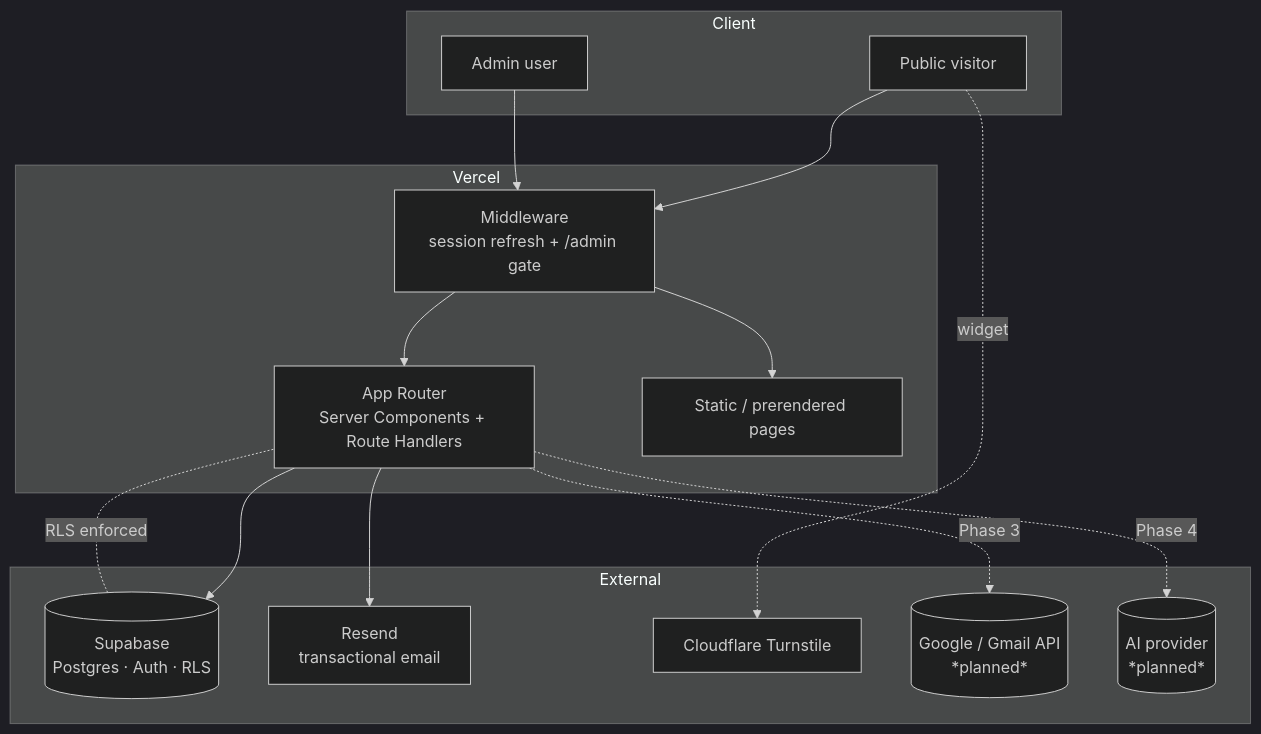
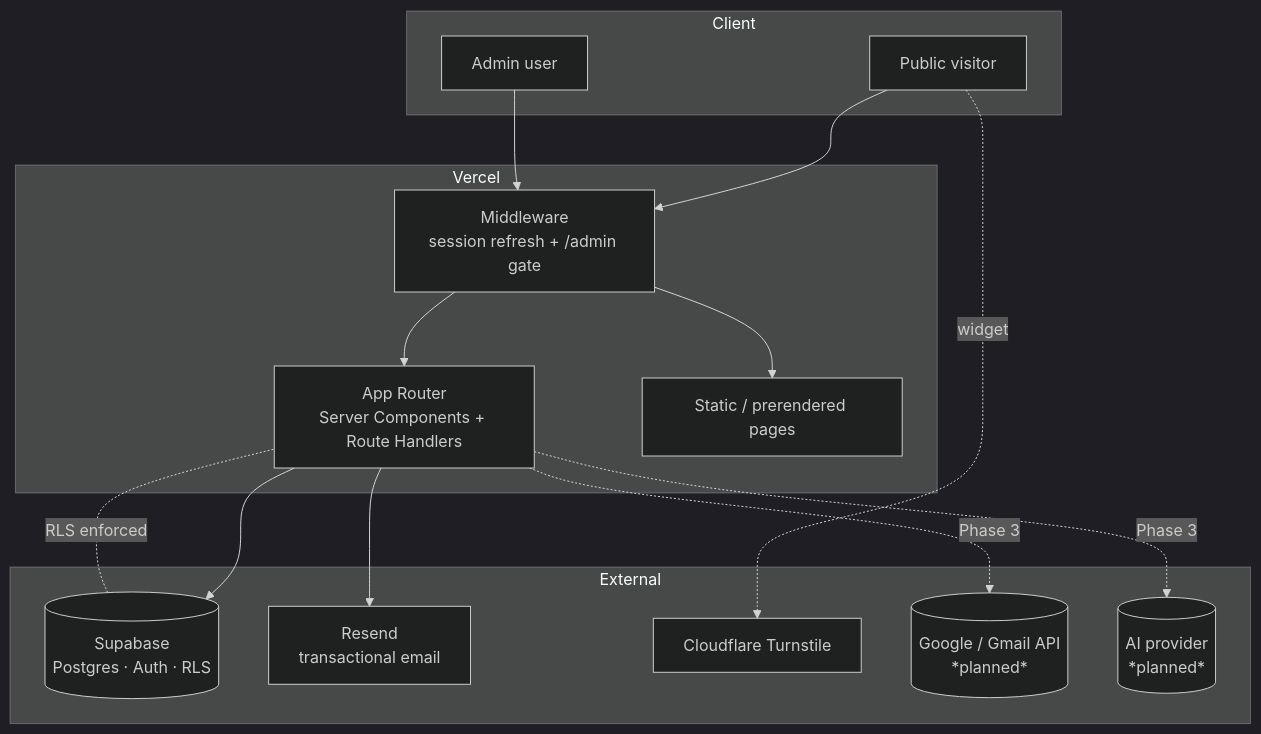
The first of 5 diagrams in docs/architecture/SYSTEM_ARCHITECTURE.md (ChaturvediShivam/shivam-portfolio), drawn with Mermaid (dark theme) before and after one commit. The commit also changed other lines of this file and 9 other files, not shown here.

````diff
--- a/docs/architecture/SYSTEM_ARCHITECTURE.md
+++ b/docs/architecture/SYSTEM_ARCHITECTURE.md
@@ -14,32 +14,32 @@
 ```mermaid
 flowchart TB
     subgraph Client
       V[Public visitor]
       A[Admin user]
     end
 
     subgraph Vercel
       MW[Middleware<br/>session refresh + /admin gate]
       RSC[App Router<br/>Server Components + Route Handlers]
       Static[Static / prerendered pages]
     end
 
     subgraph External
       SB[(Supabase<br/>Postgres · Auth · RLS)]
       Resend[Resend<br/>transactional email]
       Turnstile[Cloudflare Turnstile]
       Google[(Google / Gmail API<br/>*planned*)]
       LLM[(AI provider<br/>*planned*)]
     end
 
     V --> MW
     A --> MW
     MW --> RSC
     MW --> Static
     RSC --> SB
     RSC --> Resend
     V -. widget .-> Turnstile
     RSC -. Phase 3 .-> Google
-    RSC -. Phase 4 .-> LLM
+    RSC -. Phase 3 .-> LLM
     SB -. RLS enforced .- RSC
 ```
````
